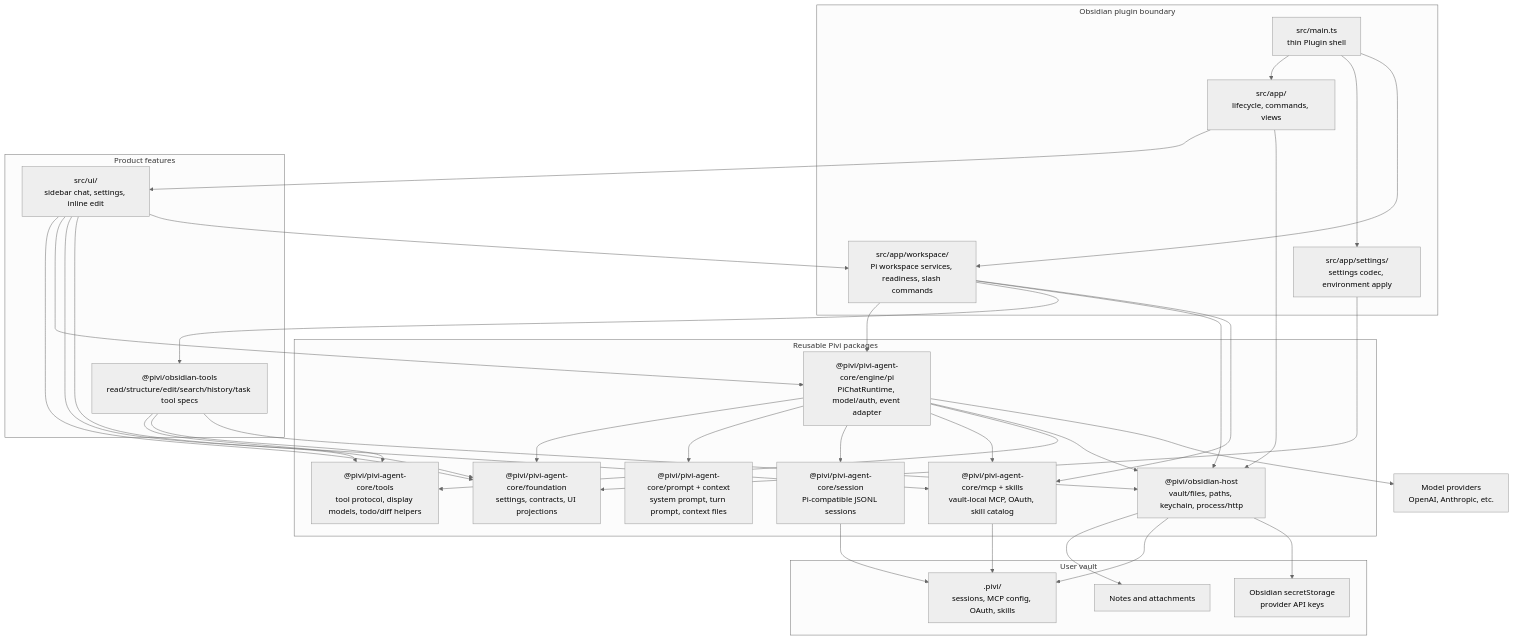
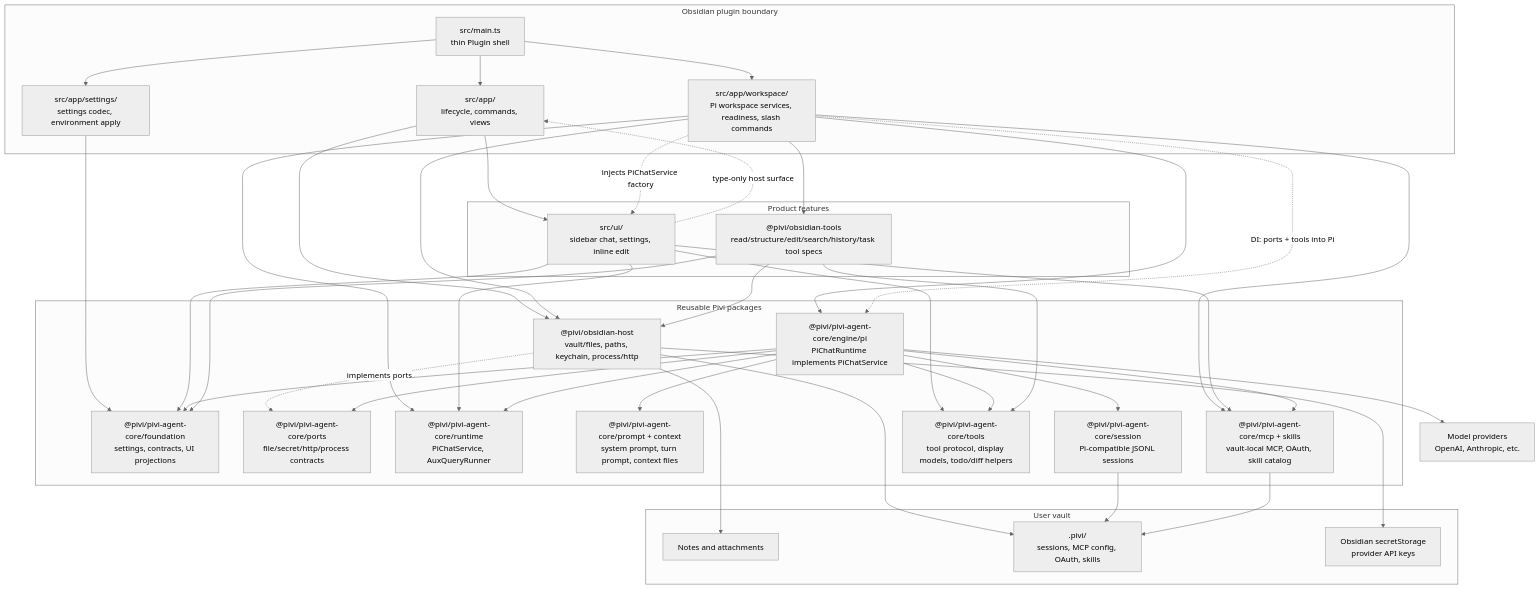
One commit to shuuul/obsidian-pivi changed the diagram in README.md. Above: the diagram before and after it, drawn with Mermaid (neutral theme). The commit also changed other lines of this file and 89 other files, not shown here.

First line of the commit message:
refactor(app): isolate Pi workspace composition

````diff
--- a/README.md
+++ b/README.md
@@ -72,68 +72,76 @@
 ```mermaid
 flowchart TB
   subgraph obsidian["Obsidian plugin boundary"]
     host["src/main.ts<br/>thin Plugin shell"]
     appLifecycle["src/app/<br/>lifecycle, commands, views"]
     appSettings["src/app/settings/<br/>settings codec, environment apply"]
     appWorkspace["src/app/workspace/<br/>Pi workspace services, readiness, slash commands"]
   end
 
   subgraph product["Product features"]
     ui["src/ui/<br/>sidebar chat, settings, inline edit"]
     tools["@pivi/obsidian-tools<br/>read/structure/edit/search/history/task tool specs"]
   end
 
   subgraph core["Reusable Pivi packages"]
     foundation["@pivi/pivi-agent-core/foundation<br/>settings, contracts, UI projections"]
+    ports["@pivi/pivi-agent-core/ports<br/>file/secret/http/process contracts"]
+    runtimeContracts["@pivi/pivi-agent-core/runtime<br/>PiChatService, AuxQueryRunner"]
     prompt["@pivi/pivi-agent-core/prompt + context<br/>system prompt, turn prompt, context files"]
     session["@pivi/pivi-agent-core/session<br/>Pi-compatible JSONL sessions"]
     mcp["@pivi/pivi-agent-core/mcp + skills<br/>vault-local MCP, OAuth, skill catalog"]
-    pi["@pivi/pivi-agent-core/engine/pi<br/>PiChatRuntime, model/auth, event adapter"]
+    pi["@pivi/pivi-agent-core/engine/pi<br/>PiChatRuntime implements PiChatService"]
     coreTools["@pivi/pivi-agent-core/tools<br/>tool protocol, display models, todo/diff helpers"]
     hostPkg["@pivi/obsidian-host<br/>vault/files, paths, keychain, process/http"]
   end
 
   subgraph vault["User vault"]
     notes["Notes and attachments"]
     piviDir[".pivi/<br/>sessions, MCP config, OAuth, skills"]
     secrets["Obsidian secretStorage<br/>provider API keys"]
   end
 
   providers["Model providers<br/>OpenAI, Anthropic, etc."]
 
   host --> appLifecycle
   host --> appSettings
   host --> appWorkspace
 
   appLifecycle --> ui
   appLifecycle --> hostPkg
   appSettings --> foundation
   appWorkspace --> pi
   appWorkspace --> tools
   appWorkspace --> hostPkg
   appWorkspace --> mcp
+  appWorkspace --> runtimeContracts
 
   ui --> foundation
-  ui --> pi
+  ui --> runtimeContracts
   ui --> mcp
   ui --> coreTools
-  ui --> appWorkspace
+  ui -. "type-only host surface" .-> appLifecycle
+
+  appWorkspace -. "injects PiChatService factory" .-> ui
+  hostPkg -. "implements ports" .-> ports
+  appWorkspace -. "DI: ports + tools into Pi" .-> pi
 
   pi --> foundation
+  pi --> ports
   pi --> prompt
   pi --> session
   pi --> mcp
   pi --> coreTools
-  pi --> hostPkg
+  pi --> runtimeContracts
   pi --> providers
 
   tools --> foundation
   tools --> coreTools
   tools --> hostPkg
 
   hostPkg --> notes
   hostPkg --> piviDir
   hostPkg --> secrets
   session --> piviDir
   mcp --> piviDir
 ```
````
